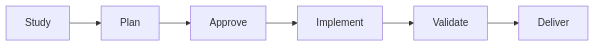
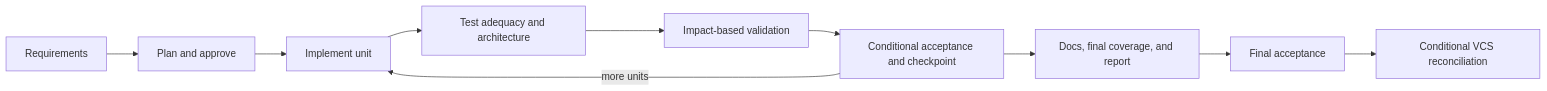
The first of 13 diagrams in packages/docs/src/content/docs/docs/reference/workflow-templates.mdx (moira-mcp/moira), drawn with Mermaid before and after one commit. The commit also changed other lines of this file and 91 other files, not shown here.

First line of the commit message:
feat(workflows): apply robust flow refactor bundle

````diff
--- a/packages/docs/src/content/docs/docs/reference/workflow-templates.mdx
+++ b/packages/docs/src/content/docs/docs/reference/workflow-templates.mdx
@@ -24,4 +24,11 @@
 ```mermaid
 flowchart LR
-    A[Study] --> B[Plan] --> C[Approve] --> D[Implement] --> E[Validate] --> F[Deliver]
+    A[Requirements] --> B[Plan and approve] --> C[Implement unit]
+    C --> D[Test adequacy and architecture]
+    D --> E[Impact-based validation]
+    E --> G[Conditional acceptance and checkpoint]
+    G -->|more units| C
+    G --> F[Docs, final coverage, and report]
+    F --> H[Final acceptance]
+    H --> I[Conditional VCS reconciliation]
 ```
````
